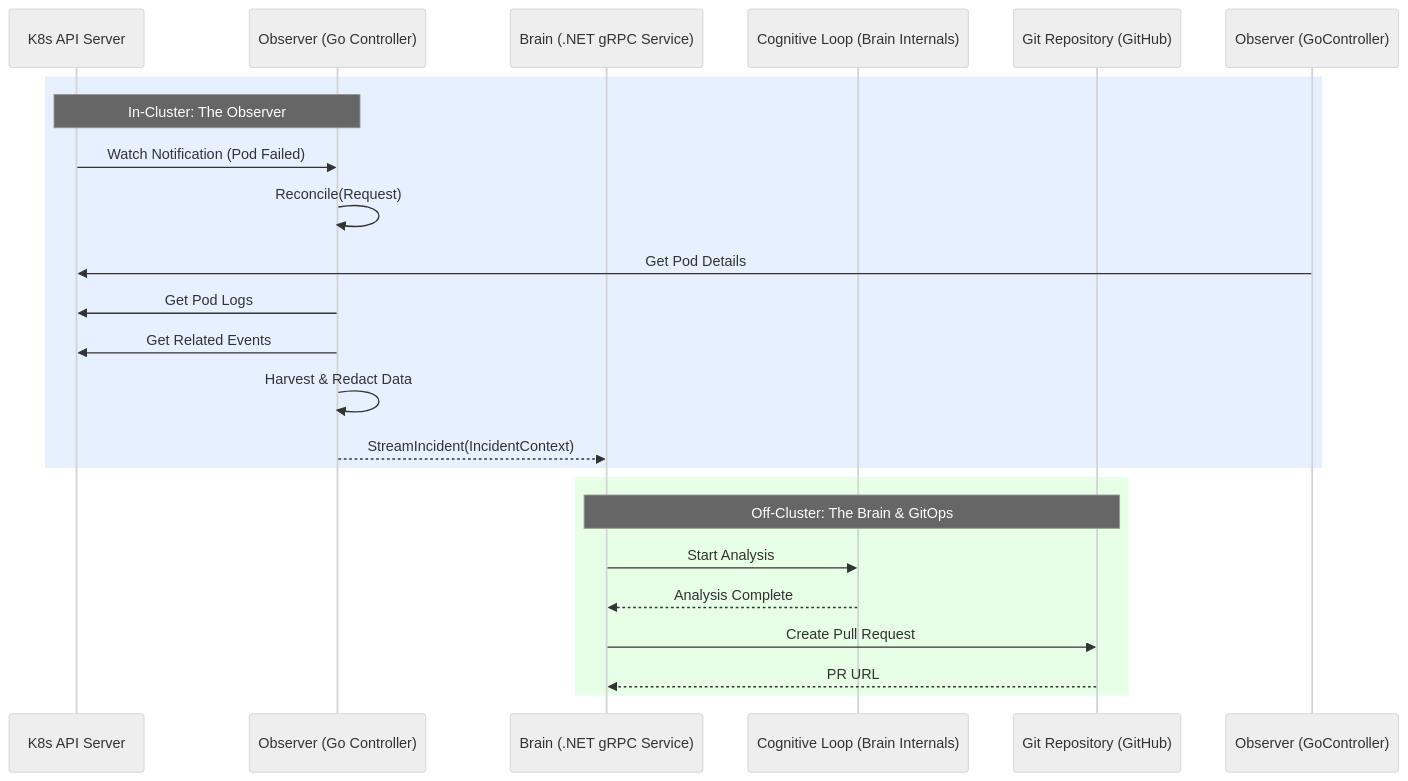
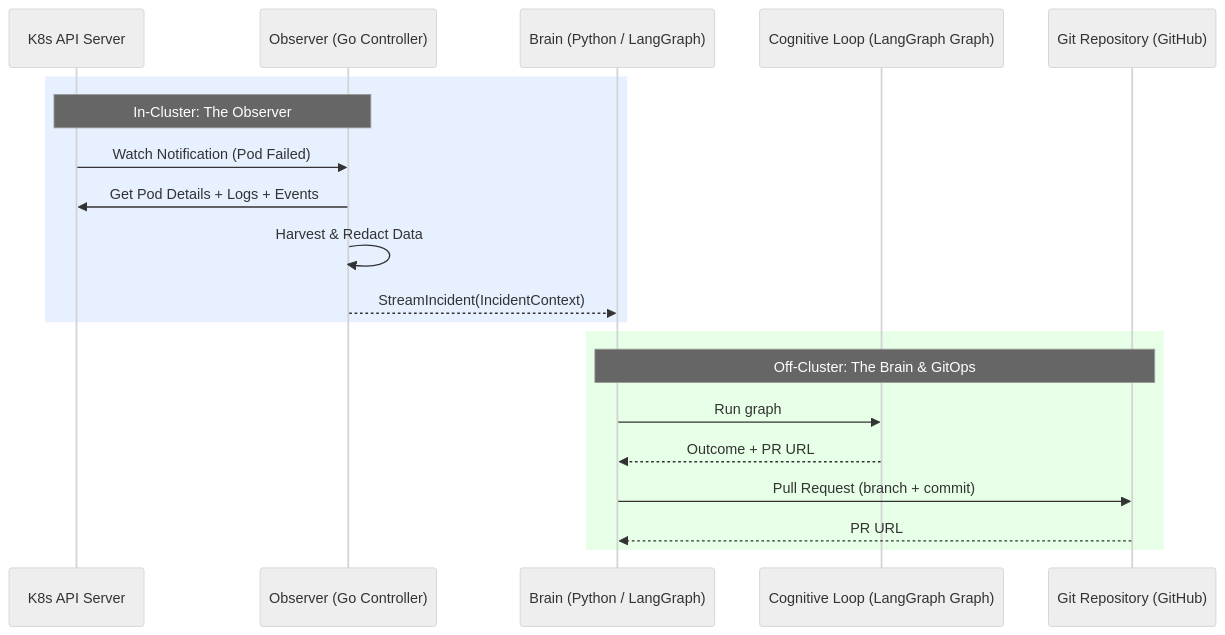
One commit to yakov10105/Kube-Mind changed the first of 2 diagrams in README.md. Above: the diagram before and after it, drawn with Mermaid (neutral theme). The commit also changed other lines of this file, not shown here.

Commit message:
feat: document Brain migration from .NET to Python LangGraph with detailed architecture and setup instructions

````diff
--- a/README.md
+++ b/README.md
@@ -35,27 +58,24 @@
 ```mermaid
 sequenceDiagram
     participant K8s API Server
     participant Observer (Go Controller)
-    participant Brain (.NET gRPC Service)
-    participant Cognitive Loop (Brain Internals)
+    participant Brain (Python / LangGraph)
+    participant Cognitive Loop (LangGraph Graph)
     participant Git Repository (GitHub)
 
     rect rgb(230, 240, 255)
         note over K8s API Server, Observer (Go Controller): In-Cluster: The Observer
         K8s API Server->>Observer (Go Controller): Watch Notification (Pod Failed)
-        Observer (Go Controller)->>Observer (Go Controller): Reconcile(Request)
-        Observer (GoController)->>K8s API Server: Get Pod Details
-        Observer (Go Controller)->>K8s API Server: Get Pod Logs
-        Observer (Go Controller)->>K8s API Server: Get Related Events
+        Observer (Go Controller)->>K8s API Server: Get Pod Details + Logs + Events
         Observer (Go Controller)->>Observer (Go Controller): Harvest & Redact Data
-        Observer (Go Controller)-->>Brain (.NET gRPC Service): StreamIncident(IncidentContext)
+        Observer (Go Controller)-->>Brain (Python / LangGraph): StreamIncident(IncidentContext)
     end
 
     rect rgb(230, 255, 230)
-        note over Brain (.NET gRPC Service), Git Repository (GitHub): Off-Cluster: The Brain & GitOps
-        Brain (.NET gRPC Service)->>Cognitive Loop (Brain Internals): Start Analysis
-        Cognitive Loop (Brain Internals)-->>Brain (.NET gRPC Service): Analysis Complete
-        Brain (.NET gRPC Service)->>Git Repository (GitHub): Create Pull Request
-        Git Repository (GitHub)-->>Brain (.NET gRPC Service): PR URL
+        note over Brain (Python / LangGraph), Git Repository (GitHub): Off-Cluster: The Brain & GitOps
+        Brain (Python / LangGraph)->>Cognitive Loop (LangGraph Graph): Run graph
+        Cognitive Loop (LangGraph Graph)-->>Brain (Python / LangGraph): Outcome + PR URL
+        Brain (Python / LangGraph)->>Git Repository (GitHub): Pull Request (branch + commit)
+        Git Repository (GitHub)-->>Brain (Python / LangGraph): PR URL
     end
 ```
````
